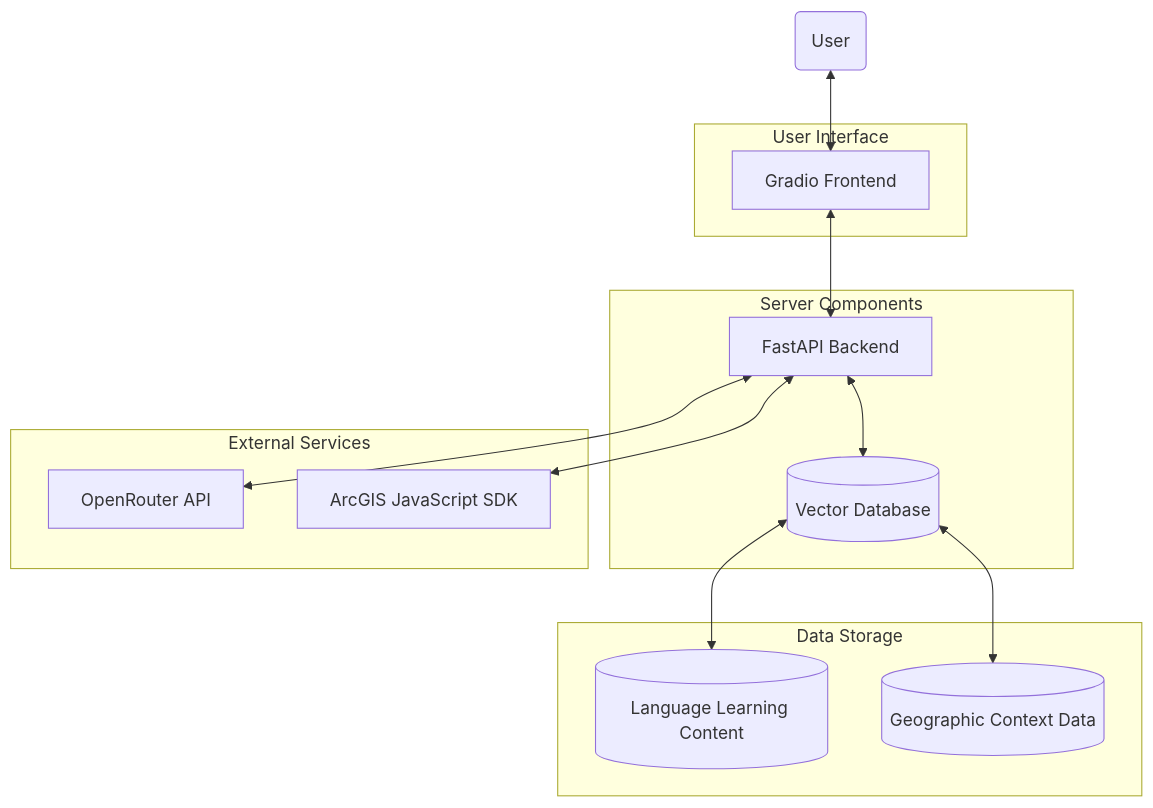
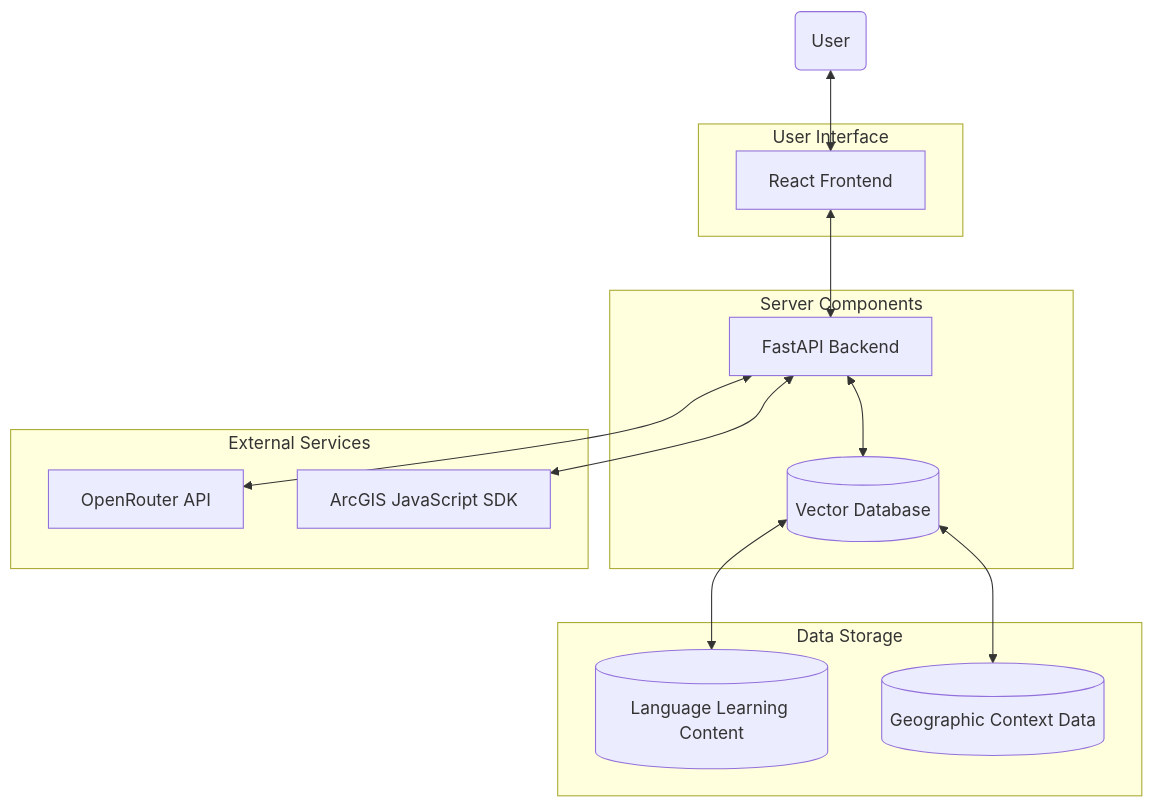
One commit to SuperNolvas/free-genai-bootcamp-2025 changed the first of 2 diagrams in language-voyager/README.md. Above: the diagram before and after it, drawn with Mermaid. The commit also changed other lines of this file and 1 other file, not shown here.

Commit message:
Update documentation - Start to implement React front end instead of Gradio

````diff
--- a/language-voyager/README.md
+++ b/language-voyager/README.md
@@ -16,30 +16,30 @@
 ```mermaid
 flowchart TD
-    User(User) <--> Frontend[Gradio Frontend]
+    User(User) <--> Frontend[React Frontend]
     Frontend <--> Backend[FastAPI Backend]
     Backend <--> VectorDB[(Vector Database)]
     Backend <--> OpenRouter[OpenRouter API]
     Backend <--> ArcGIS[ArcGIS JavaScript SDK]
     VectorDB <--> LanguageData[(Language Learning Content)]
     VectorDB <--> GeoData[(Geographic Context Data)]
 
     subgraph User Interface
         Frontend
     end
 
     subgraph Server Components
         Backend
         VectorDB
     end
 
     subgraph External Services
         OpenRouter
         ArcGIS
     end
 
     subgraph Data Storage
         LanguageData
         GeoData
     end
 
 ```
````
